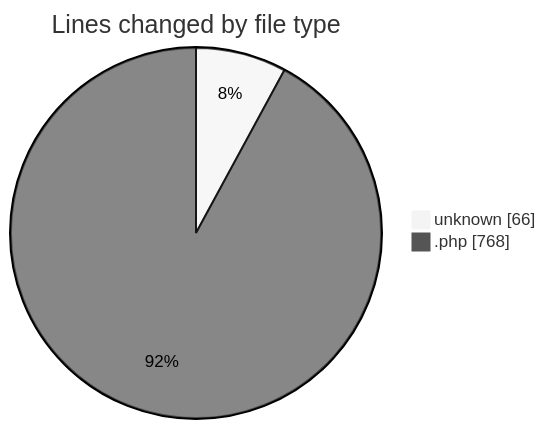
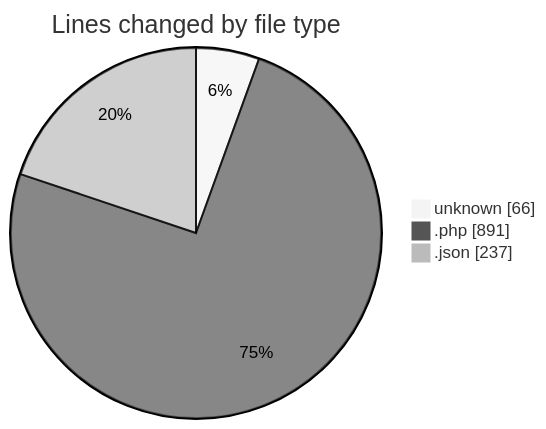
Before and after one commit to idhammustaqopulfikri/code-tracking: the first of 2 diagrams in 2025-05-15/bookingpodcas/README.md, drawn with Mermaid (neutral theme). The commit also changed other lines of this file and 1 other file, not shown here.

````diff
--- a/2025-05-15/bookingpodcas/README.md
+++ b/2025-05-15/bookingpodcas/README.md
@@ -22,6 +24,7 @@
 ```mermaid
 pie showData
 title Lines changed by file type
 "unknown" : 66
-".php" : 768
+".php" : 891
+".json" : 237
 ```
````
